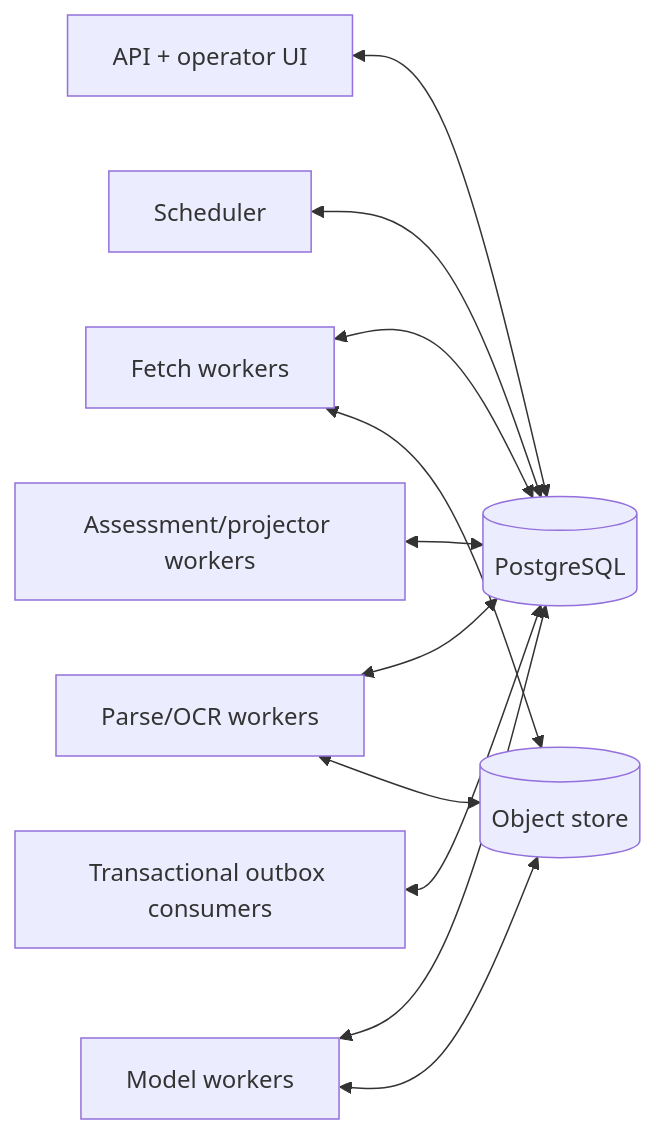
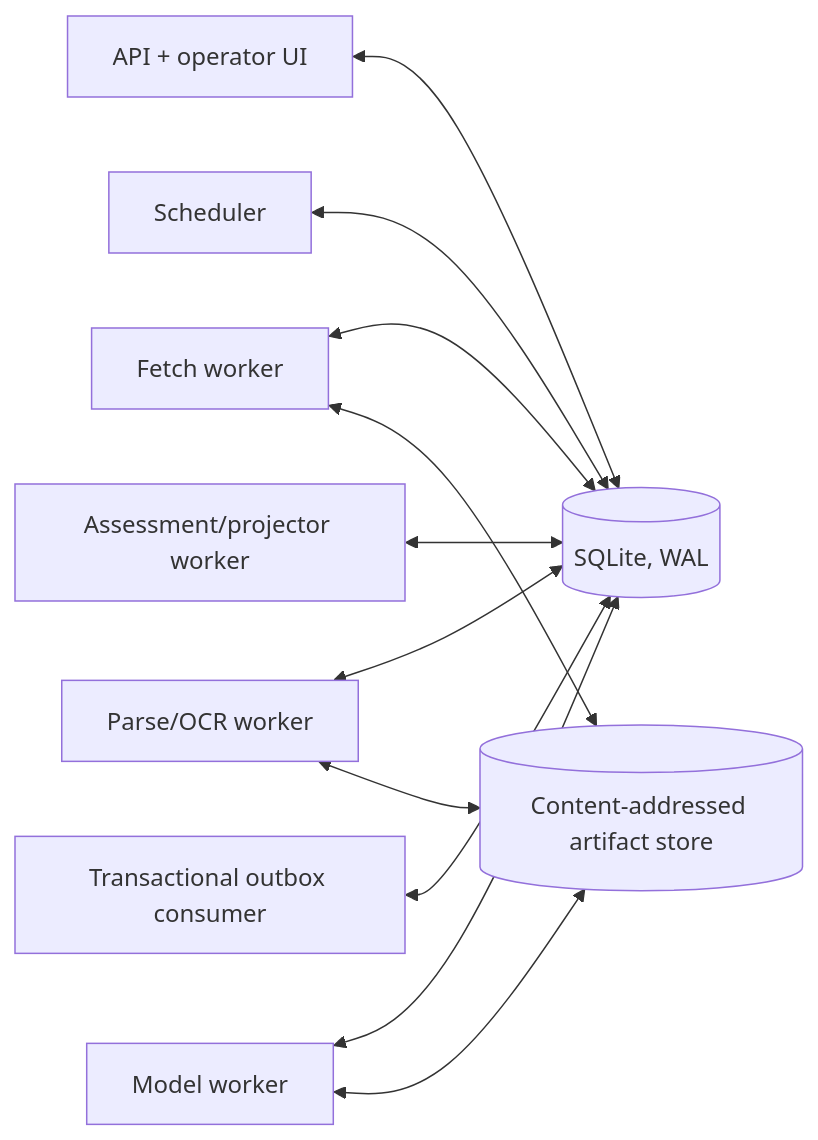
The fourth of 4 diagrams in ARCHITECTURE.md (deanpreese/NewZ), drawn with Mermaid before and after one commit. The commit also changed other lines of this file and 3 other files, not shown here.

````diff
--- a/ARCHITECTURE.md
+++ b/ARCHITECTURE.md
@@ -184,23 +216,23 @@
 ```mermaid
 flowchart LR
     API[API + operator UI]
     SCH[Scheduler]
-    FW[Fetch workers]
-    PW[Parse/OCR workers]
-    MW[Model workers]
-    AW[Assessment/projector workers]
-    DB[(PostgreSQL)]
-    OS[(Object store)]
-    Q[Transactional outbox consumers]
+    FW[Fetch worker]
+    PW[Parse/OCR worker]
+    MW[Model worker]
+    AW[Assessment/projector worker]
+    DB[(SQLite, WAL)]
+    OS[(Content-addressed artifact store)]
+    Q[Transactional outbox consumer]
 
     API <--> DB
     SCH <--> DB
     FW <--> DB
     FW <--> OS
     PW <--> DB
     PW <--> OS
     MW <--> DB
     MW <--> OS
     AW <--> DB
     Q <--> DB
 ```
````
